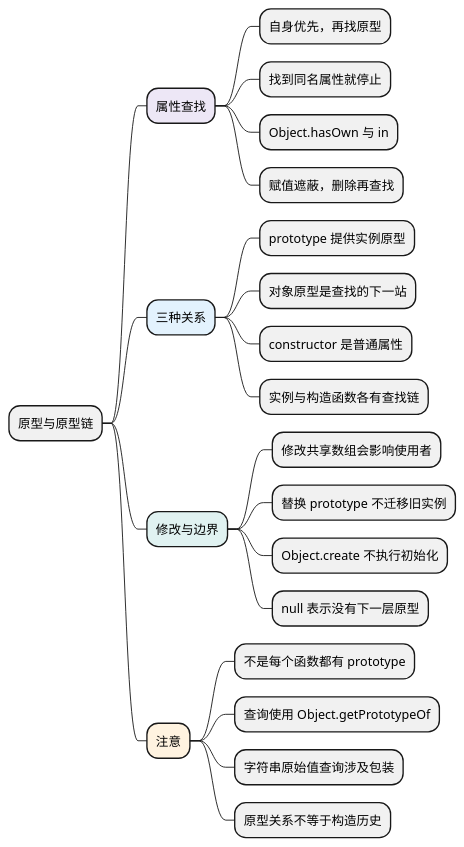
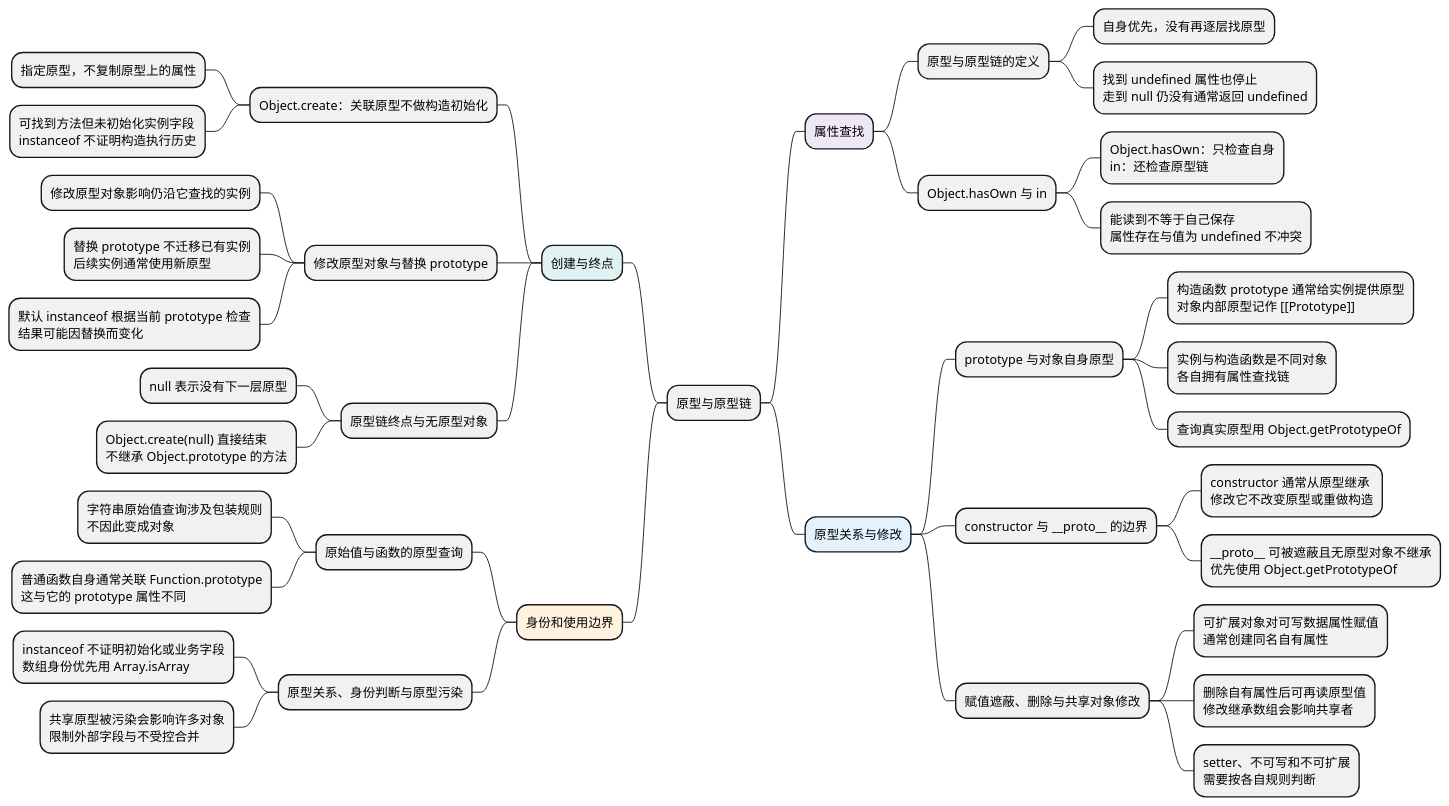
One commit to chenx18/JAVA changed the first of 2 diagrams in docs/AI前端全栈教材/01_JavaScript/03_对象机制/03_原型与原型链.md. Above: the diagram before and after it, drawn with PlantUML. The commit also changed other lines of this file and 84 other files, not shown here.

````diff
--- a/docs/AI前端全栈教材/01_JavaScript/03_对象机制/03_原型与原型链.md
+++ b/docs/AI前端全栈教材/01_JavaScript/03_对象机制/03_原型与原型链.md
@@ -9,32 +9,50 @@
 ```plantuml
 @startmindmap
 skinparam defaultFontName Microsoft YaHei
 skinparam defaultFontSize 14
 skinparam dpi 100
 skinparam backgroundColor white
 skinparam shadowing false
 
 * 原型与原型链
 **[#EDE7F6] 属性查找
-*** 自身优先，再找原型
-*** 找到同名属性就停止
+*** 原型与原型链的定义
+**** 自身优先，没有再逐层找原型
+**** 找到 undefined 属性也停止\n走到 null 仍没有通常返回 undefined
 *** Object.hasOwn 与 in
-*** 赋值遮蔽，删除再查找
-**[#E3F2FD] 三种关系
-*** prototype 提供实例原型
-*** 对象原型是查找的下一站
-*** constructor 是普通属性
-*** 实例与构造函数各有查找链
-**[#E0F2F1] 修改与边界
-*** 修改共享数组会影响使用者
-*** 替换 prototype 不迁移旧实例
-*** Object.create 不执行初始化
-*** null 表示没有下一层原型
-**[#FFF3E0] 注意
-*** 不是每个函数都有 prototype
-*** 查询使用 Object.getPrototypeOf
-*** 字符串原始值查询涉及包装
-*** 原型关系不等于构造历史
+**** Object.hasOwn：只检查自身\nin：还检查原型链
+**** 能读到不等于自己保存\n属性存在与值为 undefined 不冲突
+**[#E3F2FD] 原型关系与修改
+*** prototype 与对象自身原型
+**** 构造函数 prototype 通常给实例提供原型\n对象内部原型记作 ~[[Prototype]]
+**** 实例与构造函数是不同对象\n各自拥有属性查找链
+**** 查询真实原型用 Object.getPrototypeOf
+*** constructor 与 ~__proto__ 的边界
+**** constructor 通常从原型继承\n修改它不改变原型或重做构造
+**** ~__proto__ 可被遮蔽且无原型对象不继承\n优先使用 Object.getPrototypeOf
+*** 赋值遮蔽、删除与共享对象修改
+**** 可扩展对象对可写数据属性赋值\n通常创建同名自有属性
+**** 删除自有属性后可再读原型值\n修改继承数组会影响共享者
+**** setter、不可写和不可扩展\n需要按各自规则判断
+left side
+**[#E0F2F1] 创建与终点
+*** Object.create：关联原型不做构造初始化
+**** 指定原型，不复制原型上的属性
+**** 可找到方法但未初始化实例字段\ninstanceof 不证明构造执行历史
+*** 修改原型对象与替换 prototype
+**** 修改原型对象影响仍沿它查找的实例
+**** 替换 prototype 不迁移已有实例\n后续实例通常使用新原型
+**** 默认 instanceof 根据当前 prototype 检查\n结果可能因替换而变化
+*** 原型链终点与无原型对象
+**** null 表示没有下一层原型
+**** Object.create(null) 直接结束\n不继承 Object.prototype 的方法
+**[#FFF3E0] 身份和使用边界
+*** 原始值与函数的原型查询
+**** 字符串原始值查询涉及包装规则\n不因此变成对象
+**** 普通函数自身通常关联 Function.prototype\n这与它的 prototype 属性不同
+*** 原型关系、身份判断与原型污染
+**** instanceof 不证明初始化或业务字段\n数组身份优先用 Array.isArray
+**** 共享原型被污染会影响许多对象\n限制外部字段与不受控合并
 
 @endmindmap
 ```
````
